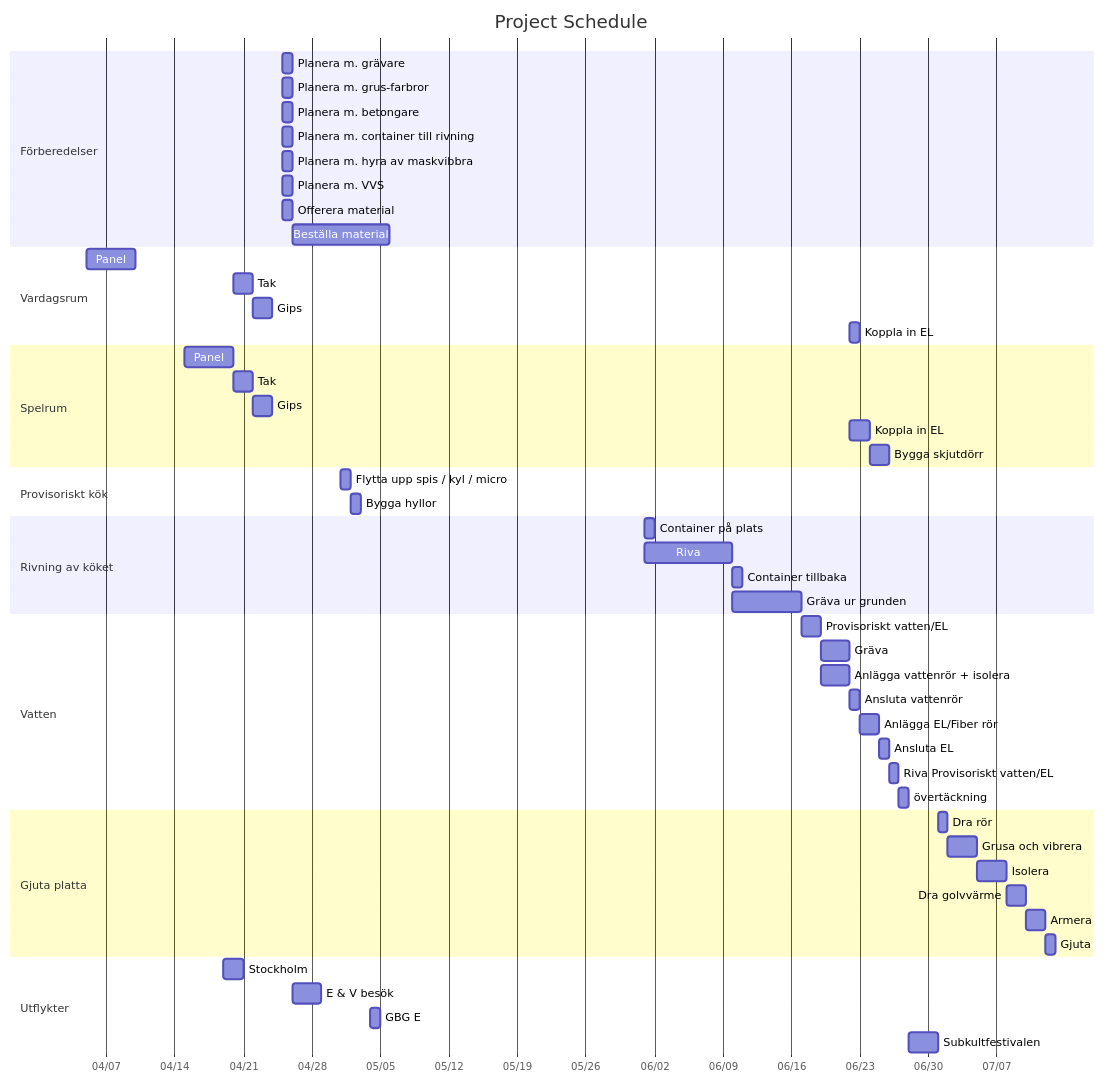
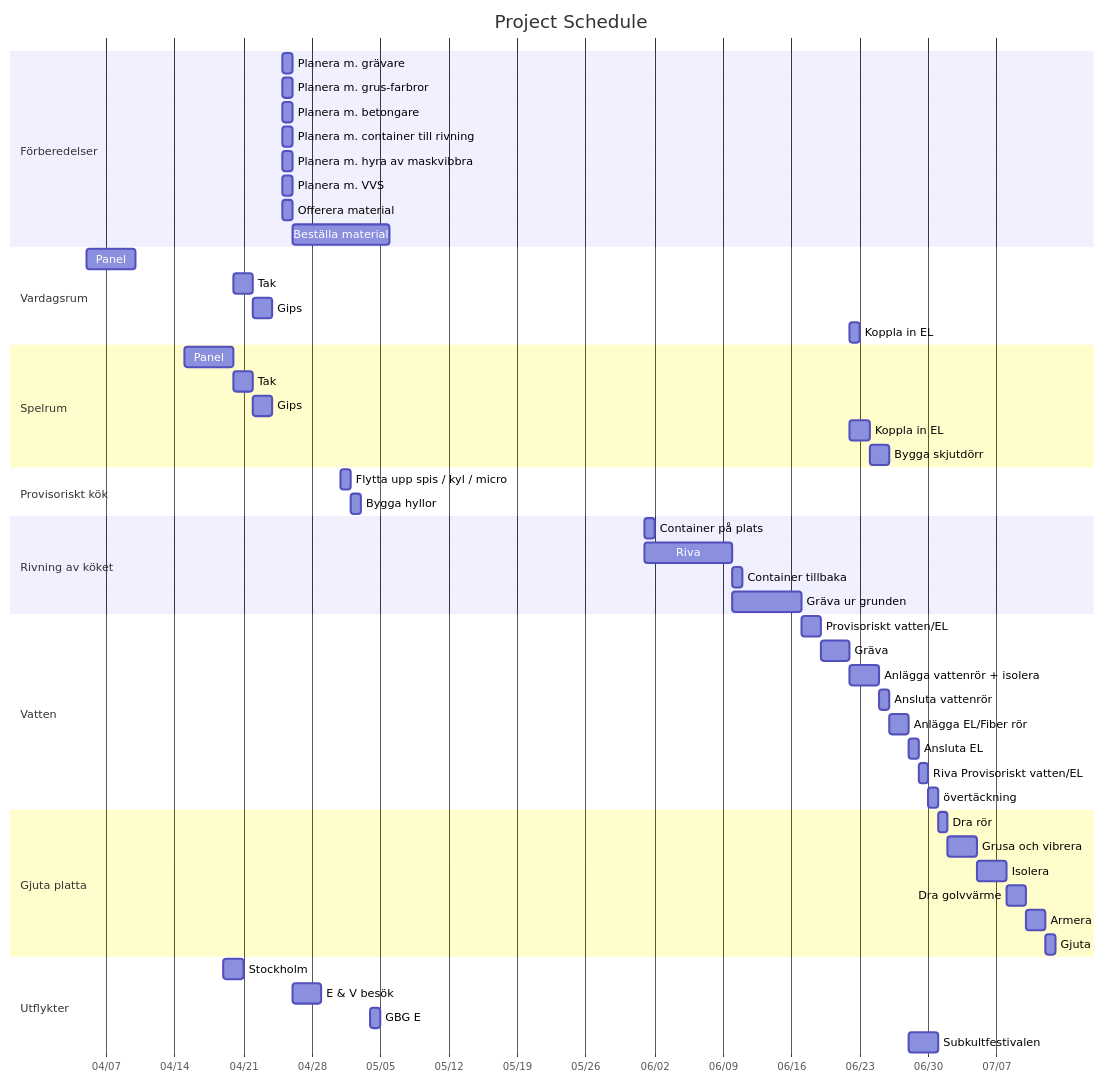
One commit to masv3971/k-ksrenovering changed the diagram in schema.md. Above: the diagram before and after it, drawn with Mermaid.

Commit message:
Add planning.

````diff
--- a/schema.md
+++ b/schema.md
@@ -3,72 +3,72 @@
 ```mermaid
     gantt
         title Project Schedule
         dateFormat YYYY-MM-DD
         axisFormat %m/%d
 
         section Förberedelser
         Planera m. grävare : 2024-04-25, 1d
         Planera m. grus-farbror : 2024-04-25, 1d
         Planera m. betongare : 2024-04-25, 1d
         Planera m. container till rivning : 2024-04-25, 1d
         Planera m. hyra av maskvibbra : 2024-04-25, 1d
         Planera m. VVS : 2024-04-25, 1d
         Offerera material : 2024-04-25, 1d
         Beställa material : 2024-04-26, 10d
 
         section EL-central
 
         section Vardagsrum
         Panel : p, 2024-04-05, 5d
         Tak : t, after p, 2d
         Gips : g, after t, 2d
         Koppla in EL : el, after g, 1d
 
         section Spelrum
         Panel : p, 2024-04-15, 5d
         Tak : t, after p, 2d
         Gips : g, after t, 2d
         Koppla in EL : el, after g, 2d
         Bygga skjutdörr : door, after el, 2d
 
         section Växthus
 
         section Provisoriskt kök
         Flytta upp spis / kyl / micro : f, 2024-05-01, 1d
         Bygga hyllor : h, after f, 1d
 
 
         section Rivning av köket
         Container på plats : 2024-06-01, 1d
         Riva : 2024-06-01, 9d
         Container tillbaka : 2024-06-10, 1d
         Gräva ur grunden : 2024-06-10, 7d
         
         section Vatten
         Provisoriskt vatten/EL      : p-el,             2024-06-17,             2d
         Gräva                       : g,                after p-el,             3d
-        Anlägga vattenrör + isolera : v-iso,            after p-el,             3d
+        Anlägga vattenrör + isolera : v-iso,            after g,                3d
         Ansluta vattenrör           : ans-v,            after v-iso,            1d
         Anlägga EL/Fiber rör        : anl-el,           after ans-v,            2d
         Ansluta EL                  : ans-el,           after anl-el,           1d
         Riva Provisoriskt vatten/EL : riv-el-vatten,    after ans-el,           1d
         övertäckning                : over,             after riv-el-vatten,    1d
 
         section Gjuta platta
         Dra rör : 2024-07-01, 1d
         Grusa och vibrera : 2024-07-02, 3d
         Isolera : 2024-07-05, 3d
         Dra golvvärme : 2024-07-08, 2d
         Armera : 2024-07-10, 2d
         Gjuta : 2024-07-12, 1d
 
 
         section Utflykter
         Stockholm : 2024-04-19, 2d
         E & V besök : 2024-04-26, 3d
         GBG E : 2024-05-04, 1d
         Subkultfestivalen : 2024-06-28, 3d
 
 
 
 ```
````
